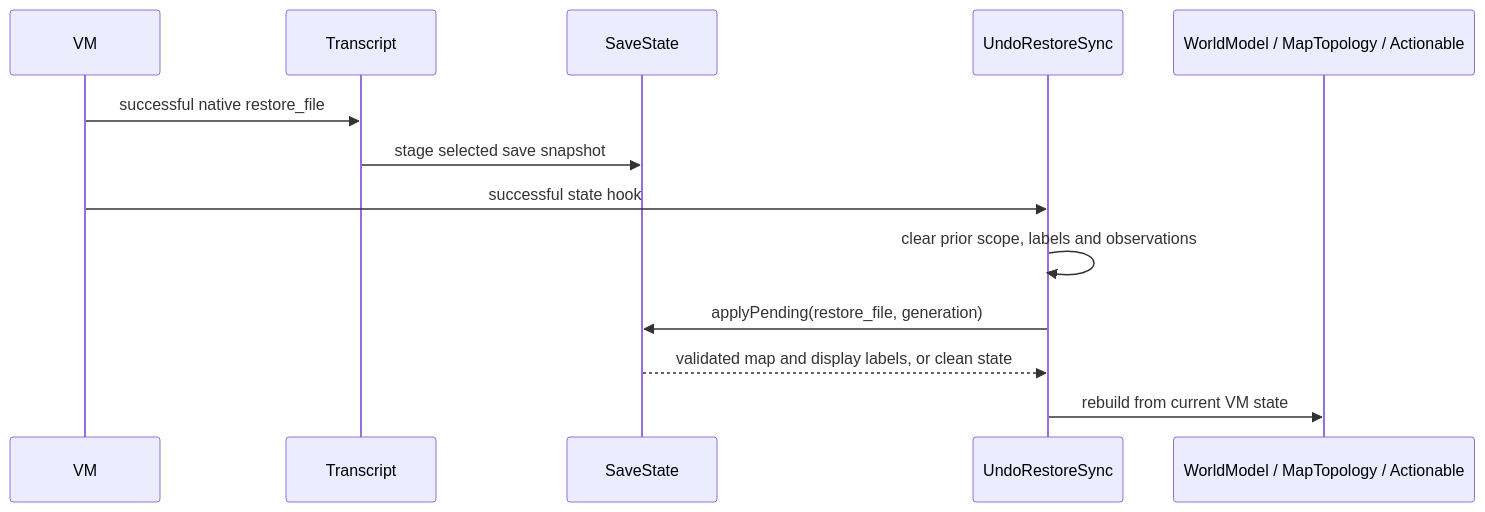
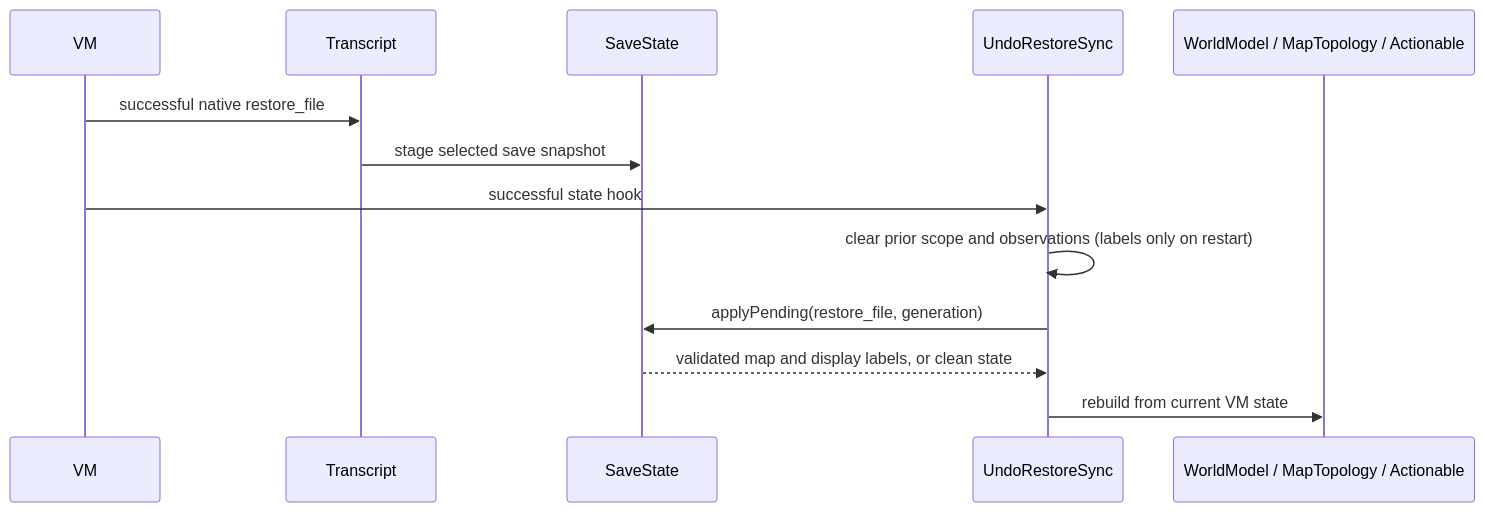
One commit to Hymlock/ParchLock changed diagram 59 of 59 in ARCHITECTURE_UML.md. Above: the diagram before and after it, drawn with Mermaid. The commit also changed other lines of this file and 2 other files, not shown here.

First line of the commit message:
Record items 4 and 5, the phantom-exit fix and automatic return paths in the plan and architecture

````diff
--- a/ARCHITECTURE_UML.md
+++ b/ARCHITECTURE_UML.md
@@ -3961,15 +3963,15 @@
 ```mermaid
 sequenceDiagram
     participant VM
     participant Transcript
     participant SaveState
     participant Sync as UndoRestoreSync
     participant UI as WorldModel / MapTopology / Actionable
     VM->>Transcript: successful native restore_file
     Transcript->>SaveState: stage selected save snapshot
     VM->>Sync: successful state hook
-    Sync->>Sync: clear prior scope, labels and observations
+    Sync->>Sync: clear prior scope and observations (labels only on restart)
     Sync->>SaveState: applyPending(restore_file, generation)
     SaveState-->>Sync: validated map and display labels, or clean state
     Sync->>UI: rebuild from current VM state
 ```
````
